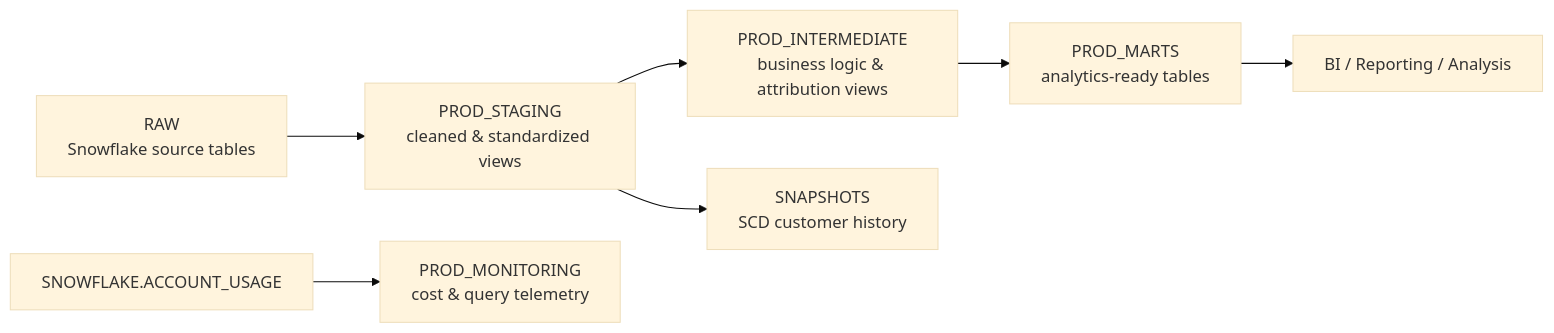
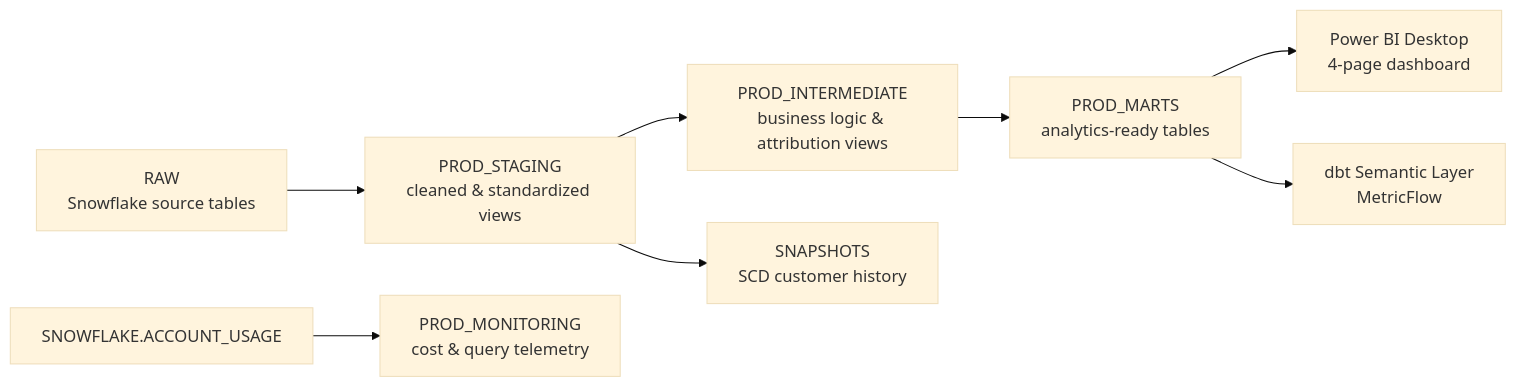
The diagram in README.md (Rahaf89/dbt_snowflake), drawn with Mermaid (base theme) before and after one commit. The commit also changed other lines of this file, not shown here.

Commit message:
Document completed Power BI dashboard

````diff
--- a/README.md
+++ b/README.md
@@ -60,9 +61,10 @@
 ```mermaid
 flowchart LR
     A[RAW<br/>Snowflake source tables] --> B[PROD_STAGING<br/>cleaned & standardized views]
     B --> C[PROD_INTERMEDIATE<br/>business logic & attribution views]
     C --> D[PROD_MARTS<br/>analytics-ready tables]
     B --> E[SNAPSHOTS<br/>SCD customer history]
     G[SNOWFLAKE.ACCOUNT_USAGE] --> H[PROD_MONITORING<br/>cost & query telemetry]
-    D --> F[BI / Reporting / Analysis]
+    D --> F[Power BI Desktop<br/>4-page dashboard]
+    D --> I[dbt Semantic Layer<br/>MetricFlow]
 ```
````
